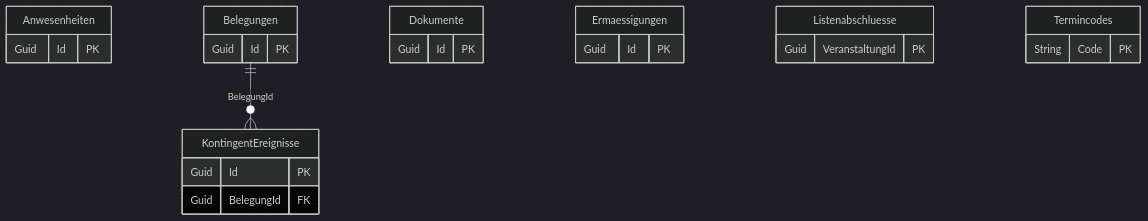
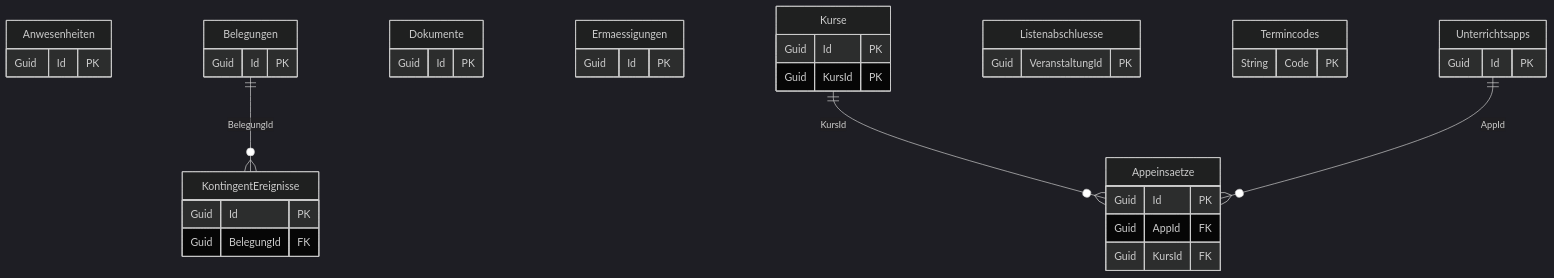
The third of 8 diagrams in docs/datenmodell.md (klaus-liebler/vibevhs), drawn with Mermaid (dark theme) before and after one commit. The commit also changed other lines of this file and 101 other files, not shown here.

````diff
--- a/docs/datenmodell.md
+++ b/docs/datenmodell.md
@@ -416,26 +441,40 @@
 ```mermaid
 erDiagram
     Anwesenheiten {
         Guid Id PK
+    }
+    Appeinsaetze {
+        Guid Id PK
+        Guid AppId FK
+        Guid KursId FK
     }
     Belegungen {
         Guid Id PK
     }
     Dokumente {
         Guid Id PK
     }
     Ermaessigungen {
         Guid Id PK
     }
     KontingentEreignisse {
         Guid Id PK
         Guid BelegungId FK
     }
+    Kurse {
+        Guid Id PK
+        Guid KursId PK
+    }
     Listenabschluesse {
         Guid VeranstaltungId PK
     }
     Termincodes {
         String Code PK
     }
+    Unterrichtsapps {
+        Guid Id PK
+    }
     Belegungen ||--o{ KontingentEreignisse : "BelegungId"
+    Kurse ||--o{ Appeinsaetze : "KursId"
+    Unterrichtsapps ||--o{ Appeinsaetze : "AppId"
 ```
````
